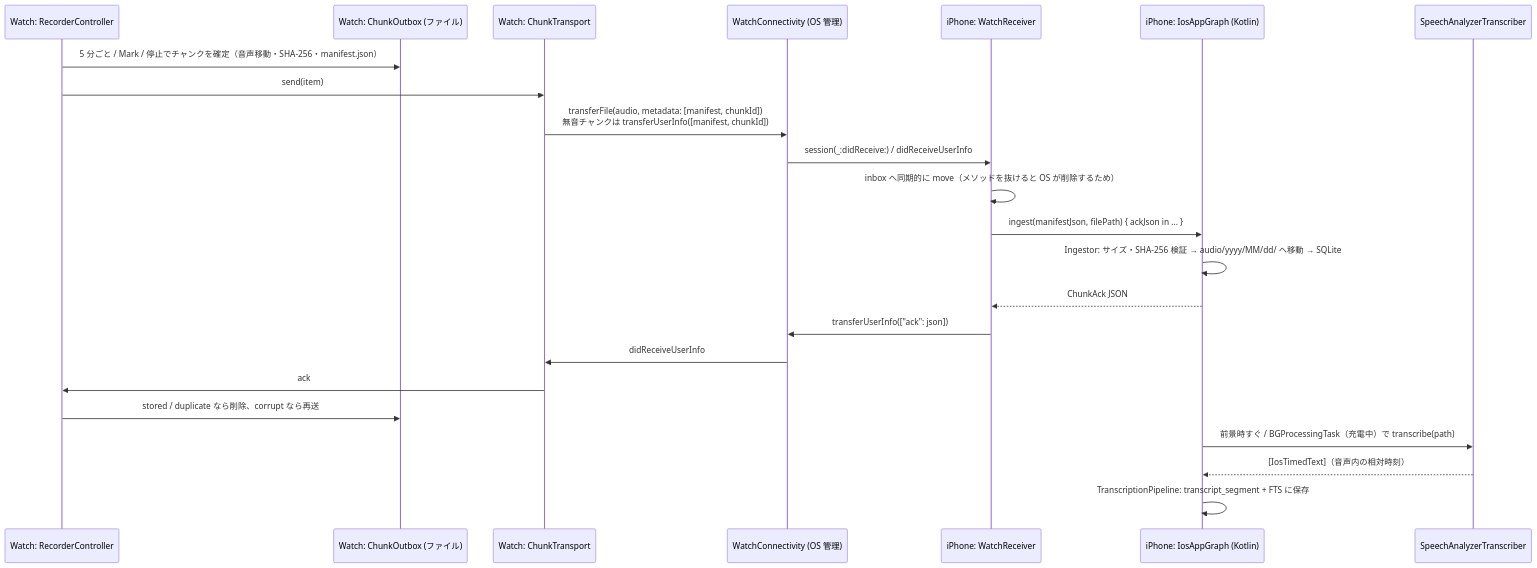
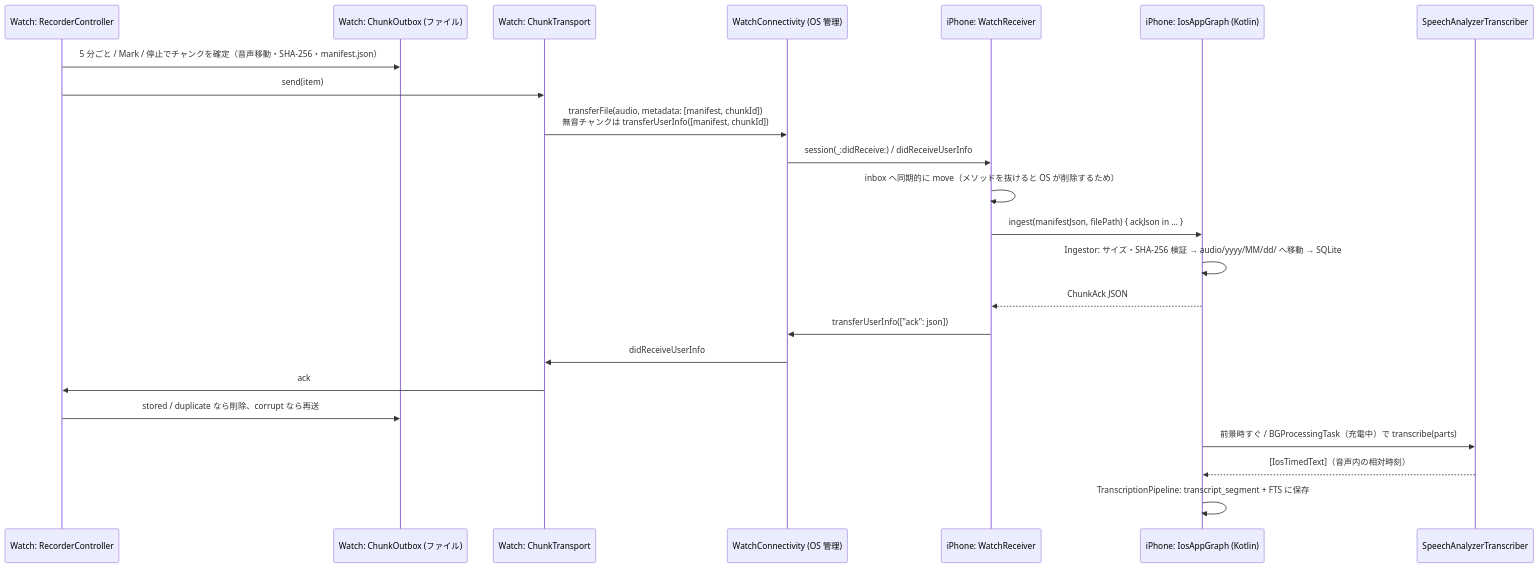
One commit to Soichiro5/watch-audio changed the diagram in docs/impl/ios-watchos.md. Above: the diagram before and after it, drawn with Mermaid. The commit also changed other lines of this file and 5 other files, not shown here.

````diff
--- a/docs/impl/ios-watchos.md
+++ b/docs/impl/ios-watchos.md
@@ -29,26 +29,26 @@
 ```mermaid
 sequenceDiagram
   participant R as Watch: RecorderController
   participant O as Watch: ChunkOutbox (ファイル)
   participant T as Watch: ChunkTransport
   participant WC as WatchConnectivity (OS 管理)
   participant P as iPhone: WatchReceiver
   participant K as iPhone: IosAppGraph (Kotlin)
   participant S as SpeechAnalyzerTranscriber
 
   R->>O: 5 分ごと / Mark / 停止でチャンクを確定（音声移動・SHA-256・manifest.json）
   R->>T: send(item)
   T->>WC: transferFile(audio, metadata: [manifest, chunkId])<br/>無音チャンクは transferUserInfo([manifest, chunkId])
   WC->>P: session(_:didReceive:) / didReceiveUserInfo
   P->>P: inbox へ同期的に move（メソッドを抜けると OS が削除するため）
   P->>K: ingest(manifestJson, filePath) { ackJson in ... }
   K->>K: Ingestor: サイズ・SHA-256 検証 → audio/yyyy/MM/dd/ へ移動 → SQLite
   K-->>P: ChunkAck JSON
   P->>WC: transferUserInfo(["ack": json])
   WC->>T: didReceiveUserInfo
   T->>R: ack
   R->>O: stored / duplicate なら削除、corrupt なら再送
-  K->>S: 前景時すぐ / BGProcessingTask（充電中）で transcribe(path)
+  K->>S: 前景時すぐ / BGProcessingTask（充電中）で transcribe(parts)
   S-->>K: [IosTimedText]（音声内の相対時刻）
   K->>K: TranscriptionPipeline: transcript_segment + FTS に保存
 ```
````
